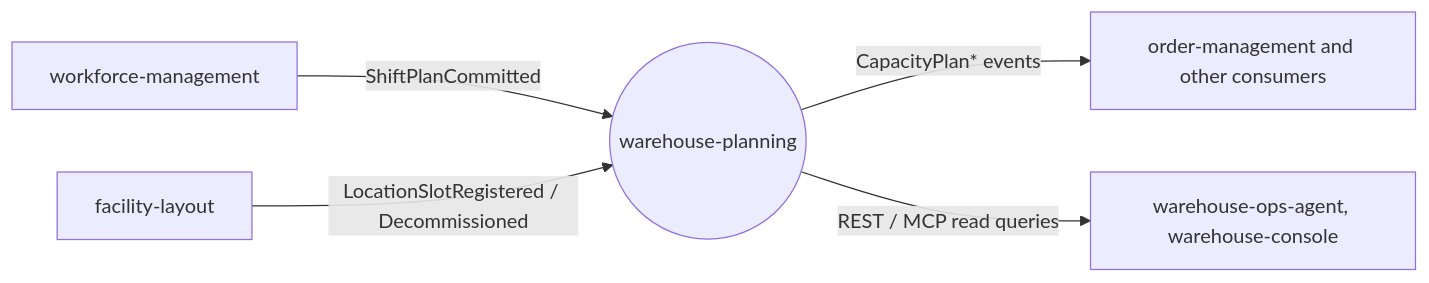
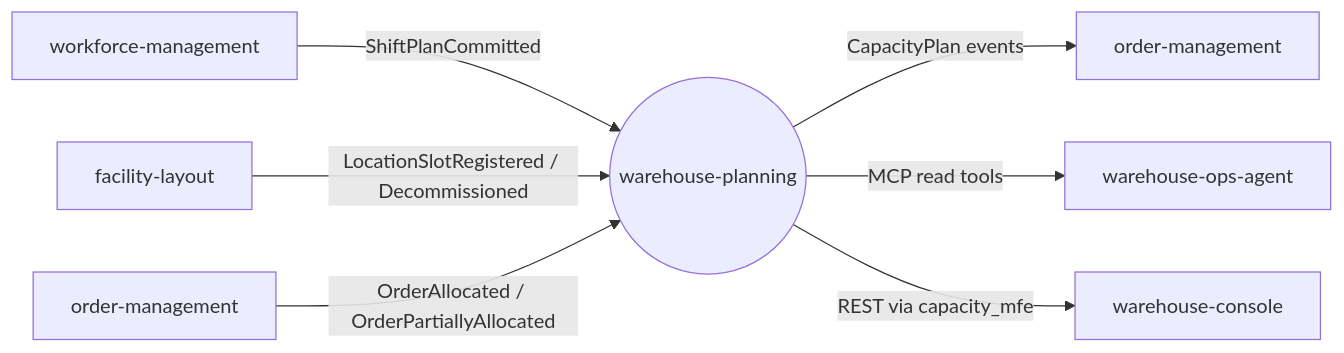
One commit to IQVO/warehouse-planning changed the diagram in docs/docs/overview/context.md. Above: the diagram before and after it, drawn with Mermaid. The commit also changed other lines of this file and 9 other files, not shown here.

````diff
--- a/docs/docs/overview/context.md
+++ b/docs/docs/overview/context.md
@@ -24,8 +24,10 @@
 ```mermaid
 flowchart LR
   WFM[workforce-management] -- "ShiftPlanCommitted" --> WP
   FL[facility-layout] -- "LocationSlotRegistered / Decommissioned" --> WP
+  OMIN[order-management] -- "OrderAllocated / OrderPartiallyAllocated" --> WP
   WP((warehouse-planning))
-  WP -- "CapacityPlan* events" --> OM[order-management and other consumers]
-  WP -- "REST / MCP read queries" --> OPS[warehouse-ops-agent, warehouse-console]
+  WP -- "CapacityPlan events" --> OM[order-management]
+  WP -- "MCP read tools" --> OPS[warehouse-ops-agent]
+  WP -- "REST via capacity_mfe" --> CON[warehouse-console]
 ```
````
